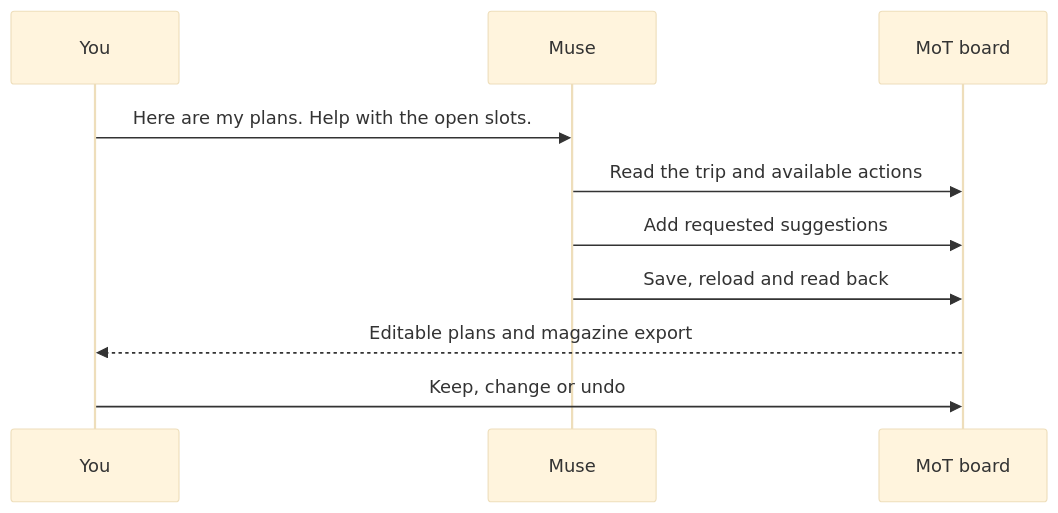
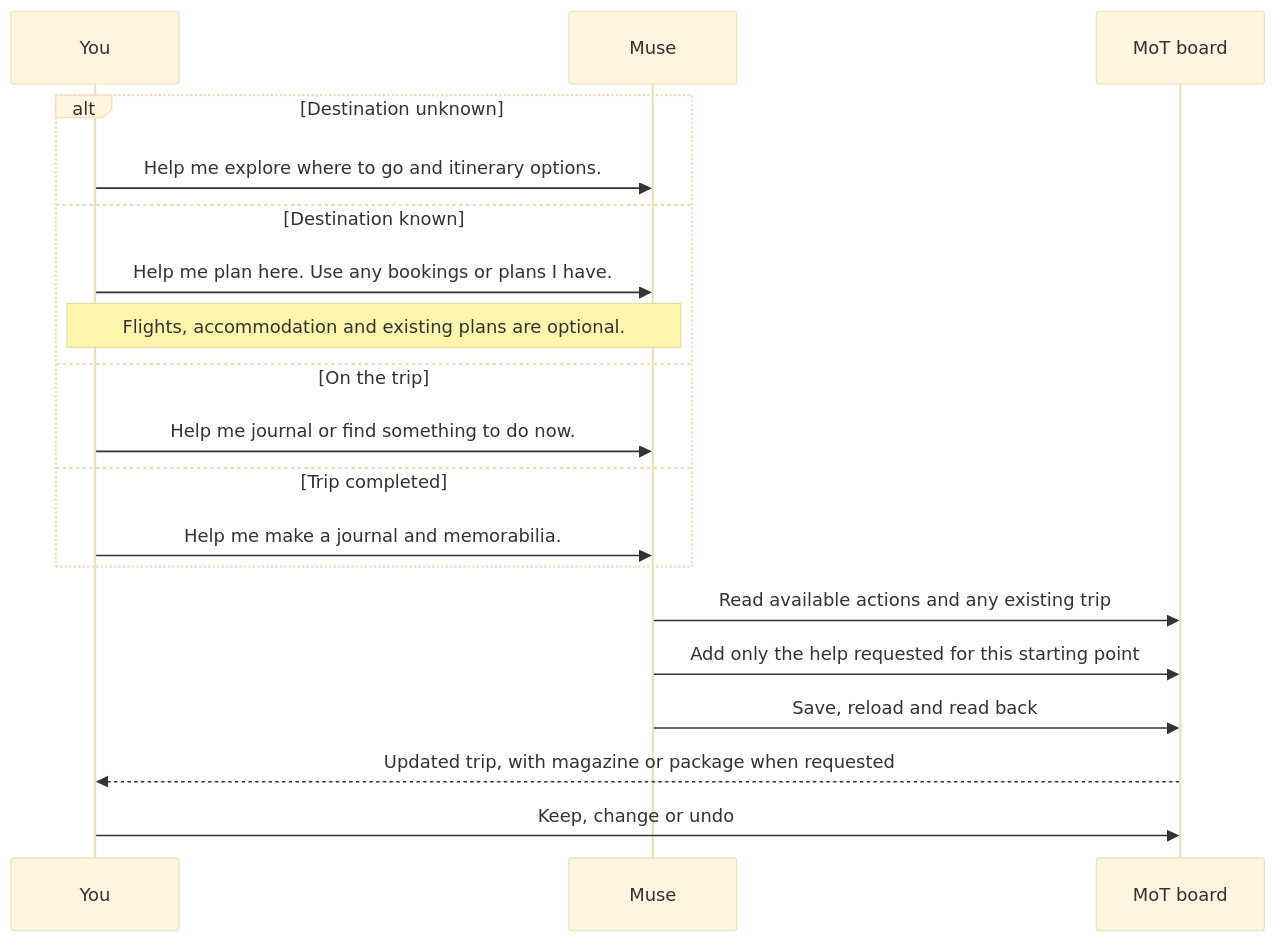
Before and after one commit to alanism/ministry-of-tourism: the second of 3 diagrams in README.md, drawn with Mermaid (base theme). The commit also changed other lines of this file, not shown here.

Commit message:
Show four traveler starting points in README diagrams

````diff
--- a/README.md
+++ b/README.md
@@ -59,12 +65,21 @@
 ```mermaid
 sequenceDiagram
     participant You
     participant Muse
     participant Board as MoT board
-    You->>Muse: Here are my plans. Help with the open slots.
-    Muse->>Board: Read the trip and available actions
-    Muse->>Board: Add requested suggestions
+    alt Destination unknown
+        You->>Muse: Help me explore where to go and itinerary options.
+    else Destination known
+        You->>Muse: Help me plan here. Use any bookings or plans I have.
+        Note over You,Muse: Flights, accommodation and existing plans are optional.
+    else On the trip
+        You->>Muse: Help me journal or find something to do now.
+    else Trip completed
+        You->>Muse: Help me make a journal and memorabilia.
+    end
+    Muse->>Board: Read available actions and any existing trip
+    Muse->>Board: Add only the help requested for this starting point
     Muse->>Board: Save, reload and read back
-    Board-->>You: Editable plans and magazine export
+    Board-->>You: Updated trip, with magazine or package when requested
     You->>Board: Keep, change or undo
 ```
````
